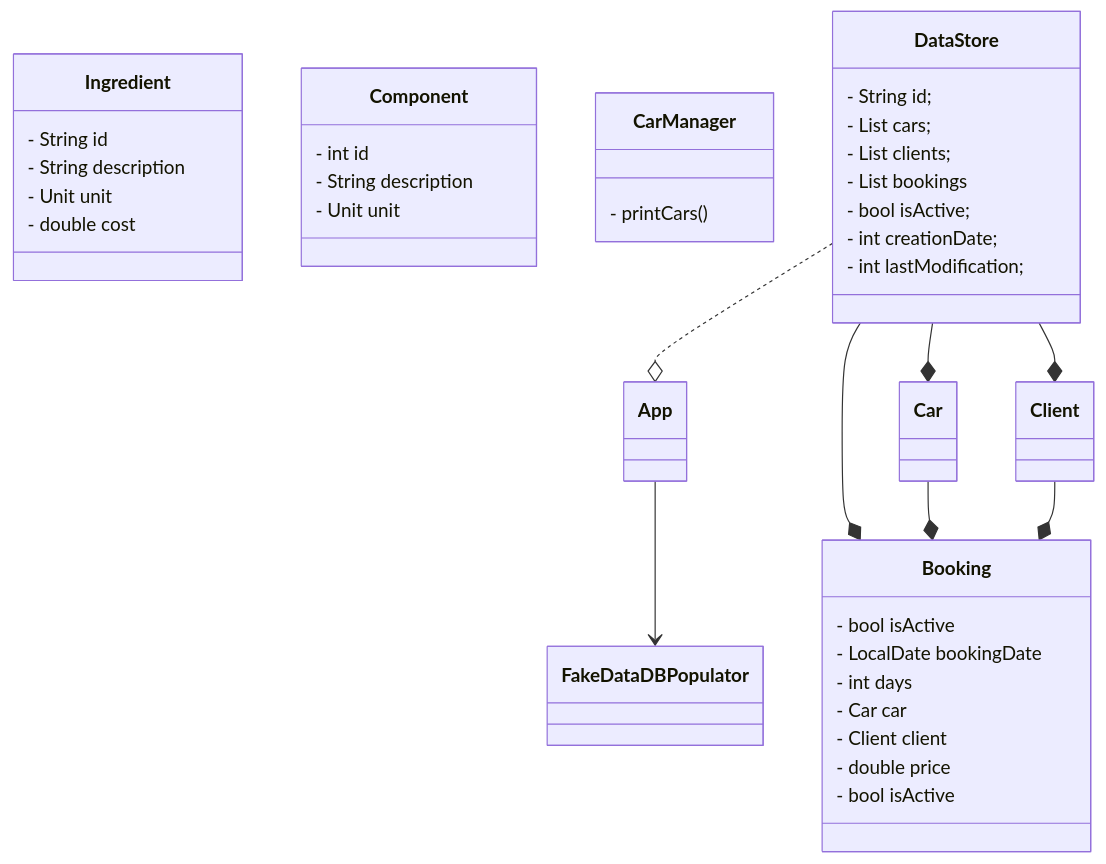
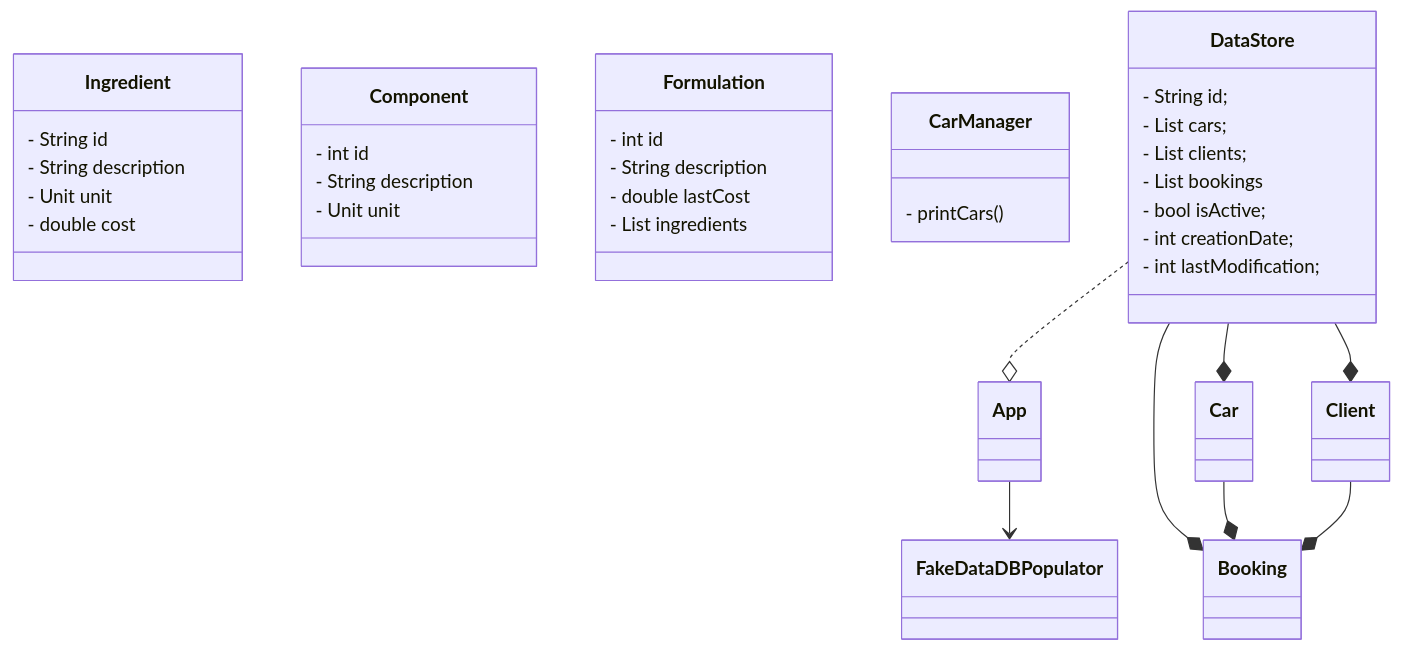
One commit to cvilafer/Formulations changed the diagram in docs/uml.md. Above: the diagram before and after it, drawn with Mermaid. The commit also changed other lines of this file, not shown here.

Commit message:
Refactor UML Data Model documentation

````diff
--- a/docs/uml.md
+++ b/docs/uml.md
@@ -121,59 +121,57 @@
 ```mermaid
 classDiagram
     class App {
 
     } 
 
     class Ingredient{
       - String id
       - String description
       - Unit unit
       - double cost    
     }
     class Component{
         - int id
     - String description
     - Unit unit
     }
-    class Booking{
-      - bool isActive
-      - LocalDate bookingDate
-      - int days
-      - Car car
-      - Client client
-      - double price
-      - bool isActive  
+    class Formulation{
+        - int id
+    - String description
+    - double lastCost
+    - List<Ingredient> ingredients
+
 
     }
 
     class FakeDataDBPopulator {
     }
 
     class CarManager {
 
      - printCars()
 
     }
 
     class DataStore {
 
     - String id;
     - List<Car> cars;
     - List<Client> clients;
     - List <Booking> bookings
     - bool isActive;
     - int creationDate;
     - int lastModification;
 
 
      }
 
 
     App --> FakeDataDBPopulator
     DataStore ..o App
     DataStore --* Car
     DataStore --* Booking
     DataStore --* Client
     Car --* Booking
     Client --* Booking
 ```
````
